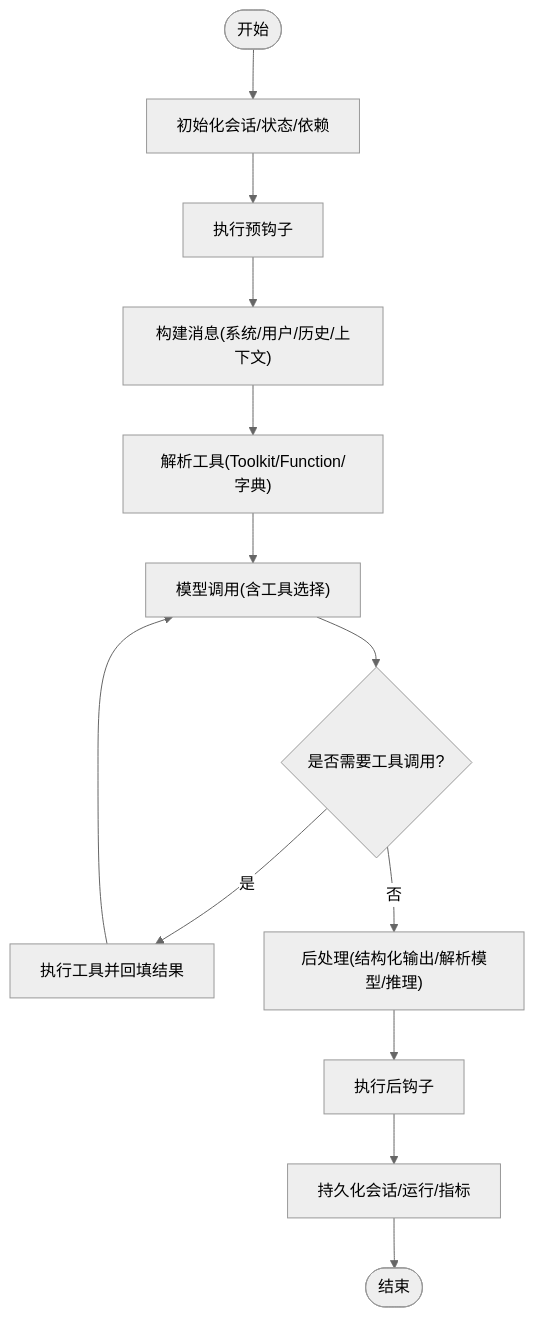
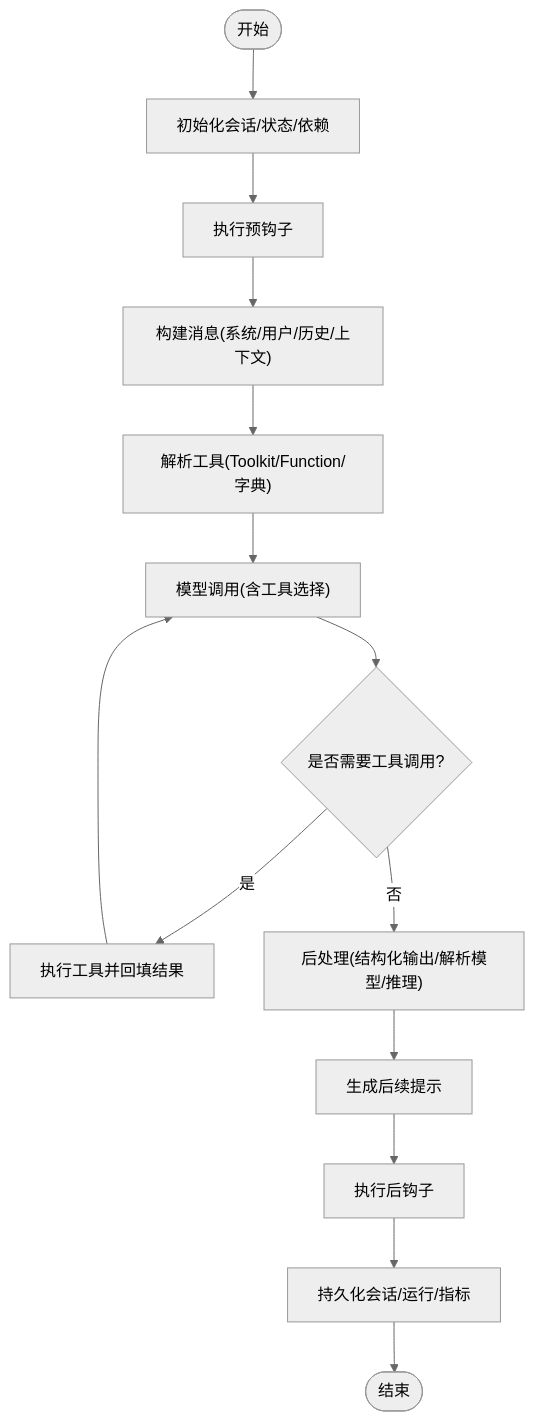
The third of 7 diagrams in .qoder/repowiki/zh/content/代理系统/代理系统.md (defulat-coder/agno-learn), drawn with Mermaid (neutral theme) before and after one commit. The commit also changed other lines of this file and 1683 other files, not shown here.

````diff
--- a/.qoder/repowiki/zh/content/代理系统/代理系统.md
+++ b/.qoder/repowiki/zh/content/代理系统/代理系统.md
@@ -150,15 +167,16 @@
 ```mermaid
 flowchart TD
 Start(["开始"]) --> Init["初始化会话/状态/依赖"]
 Init --> PreHooks["执行预钩子"]
 PreHooks --> BuildMsg["构建消息(系统/用户/历史/上下文)"]
 BuildMsg --> Tools["解析工具(Toolkit/Function/字典)"]
 Tools --> ModelCall["模型调用(含工具选择)"]
 ModelCall --> Decision{"是否需要工具调用?"}
 Decision -- 是 --> ExecTool["执行工具并回填结果"]
 ExecTool --> ModelCall
 Decision -- 否 --> PostProc["后处理(结构化输出/解析模型/推理)"]
-PostProc --> PostHooks["执行后钩子"]
+PostProc --> Followups["生成后续提示"]
+Followups --> PostHooks["执行后钩子"]
 PostHooks --> Persist["持久化会话/运行/指标"]
 Persist --> End(["结束"])
 ```
````
